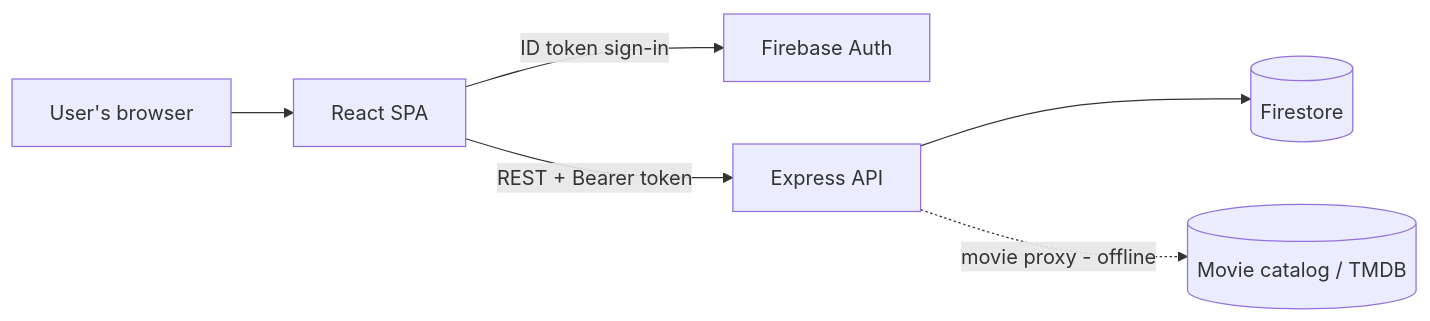
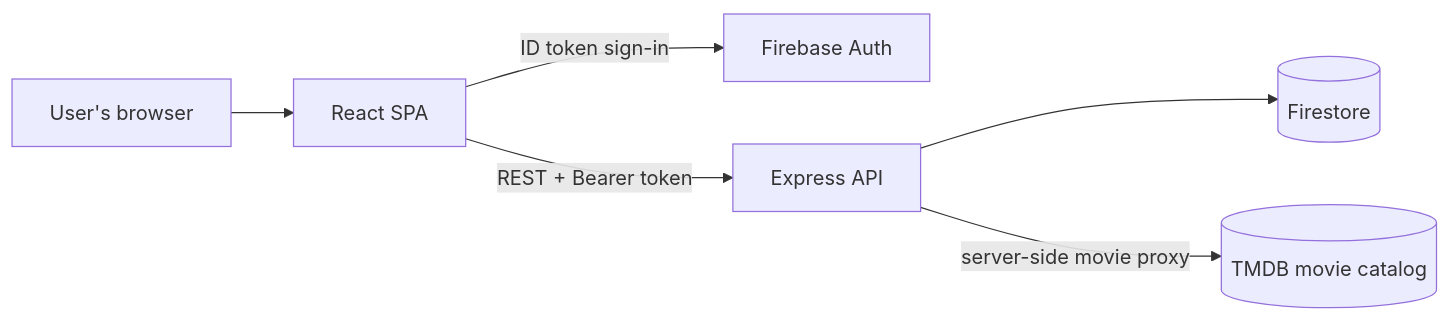
The diagram in README.md (thomasdevtran/vision_bucket), drawn with Mermaid before and after one commit. The commit also changed other lines of this file and 2 other files, not shown here.

````diff
--- a/README.md
+++ b/README.md
@@ -47,8 +71,8 @@
 ```mermaid
 flowchart LR
     U[User's browser] --> SPA[React SPA]
     SPA -->|ID token sign-in| FB[Firebase Auth]
     SPA -->|REST + Bearer token| API[Express API]
     API --> FS[(Firestore)]
-    API -.->|movie proxy - offline| TMDB[(Movie catalog / TMDB)]
+    API -->|server-side movie proxy| TMDB[(TMDB movie catalog)]
 ```
````
